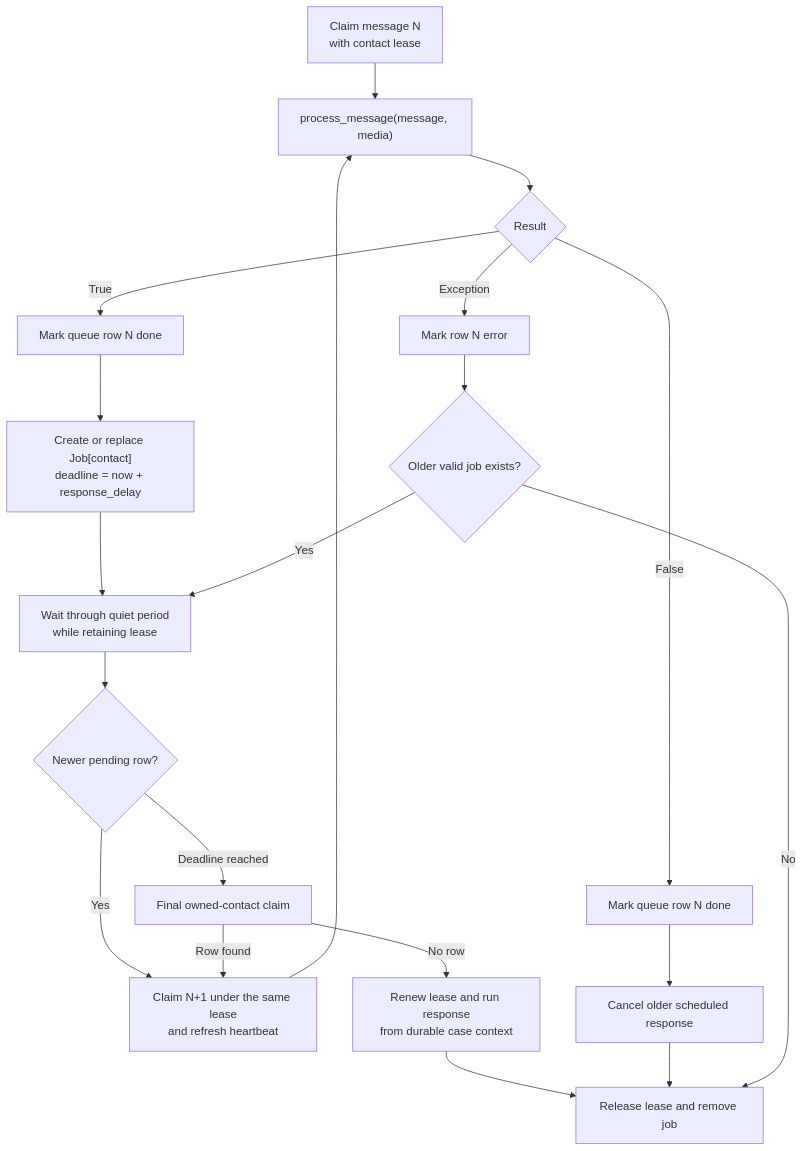
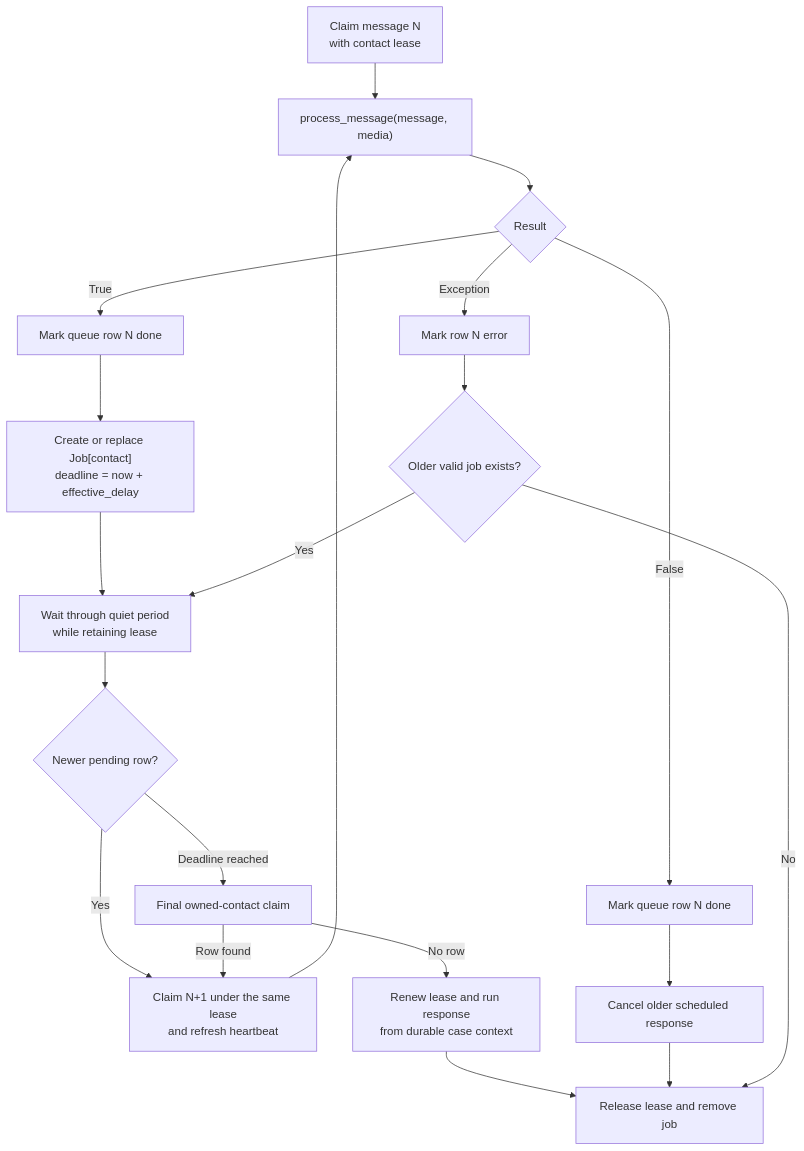
The second of 2 diagrams in docs/api_worker_mechanics.md (luis-i-reyes-castro/wa-agents), drawn with Mermaid before and after one commit. The commit also changed other lines of this file and 8 other files, not shown here.

````diff
--- a/docs/api_worker_mechanics.md
+++ b/docs/api_worker_mechanics.md
@@ -127,38 +129,38 @@
 ```mermaid
 flowchart TD
     CLAIM["Claim message N<br/>with contact lease"]
     PROCESS["process_message(message, media)"]
     RESULT{"Result"}
     DONE_RESPONSE["Mark queue row N done"]
     DONE_COMPLETE["Mark queue row N done"]
-    SCHEDULE["Create or replace Job[contact]<br/>deadline = now + response_delay"]
+    SCHEDULE["Create or replace Job[contact]<br/>deadline = now + effective_delay"]
     QUIET["Wait through quiet period<br/>while retaining lease"]
     NEWER{"Newer pending row?"}
     OWNED["Claim N+1 under the same lease<br/>and refresh heartbeat"]
     FINAL["Final owned-contact claim"]
     RUN["Renew lease and run response<br/>from durable case context"]
     RELEASE["Release lease and remove job"]
     CANCEL["Cancel older scheduled response"]
     ERROR["Mark row N error"]
     OLDER{"Older valid job exists?"}
 
     CLAIM    --> PROCESS
     PROCESS  --> RESULT
     RESULT   -->|"True"| DONE_RESPONSE
     RESULT   -->|"False"| DONE_COMPLETE
     RESULT   -->|"Exception"| ERROR
     DONE_RESPONSE --> SCHEDULE
     DONE_COMPLETE --> CANCEL
     SCHEDULE --> QUIET
     QUIET    --> NEWER
     NEWER    -->|"Yes"| OWNED
     OWNED    --> PROCESS
     NEWER    -->|"Deadline reached"| FINAL
     FINAL    -->|"Row found"| OWNED
     FINAL    -->|"No row"| RUN
     RUN      --> RELEASE
     CANCEL   --> RELEASE
     ERROR    --> OLDER
     OLDER    -->|"Yes"| QUIET
     OLDER    -->|"No"| RELEASE
 ```
````
